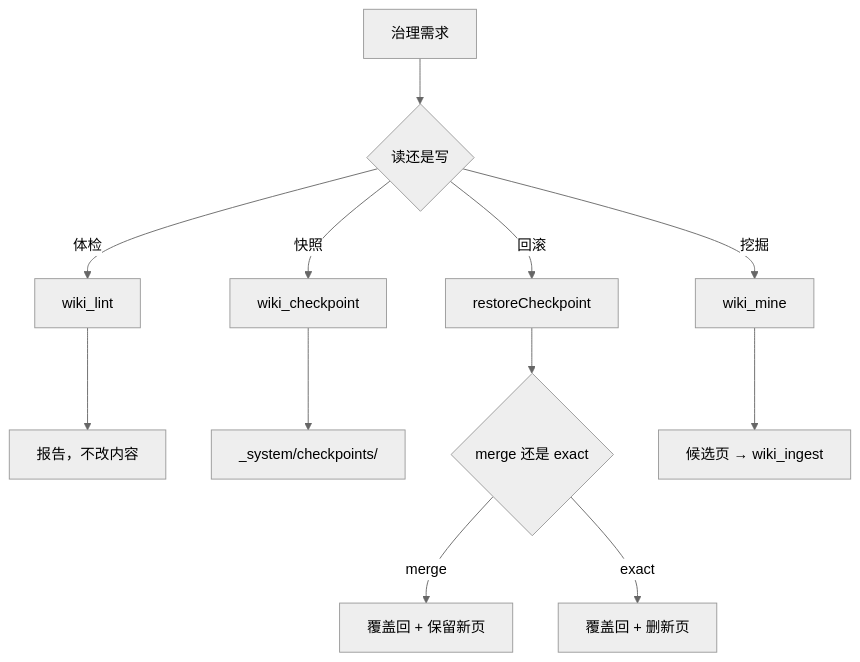
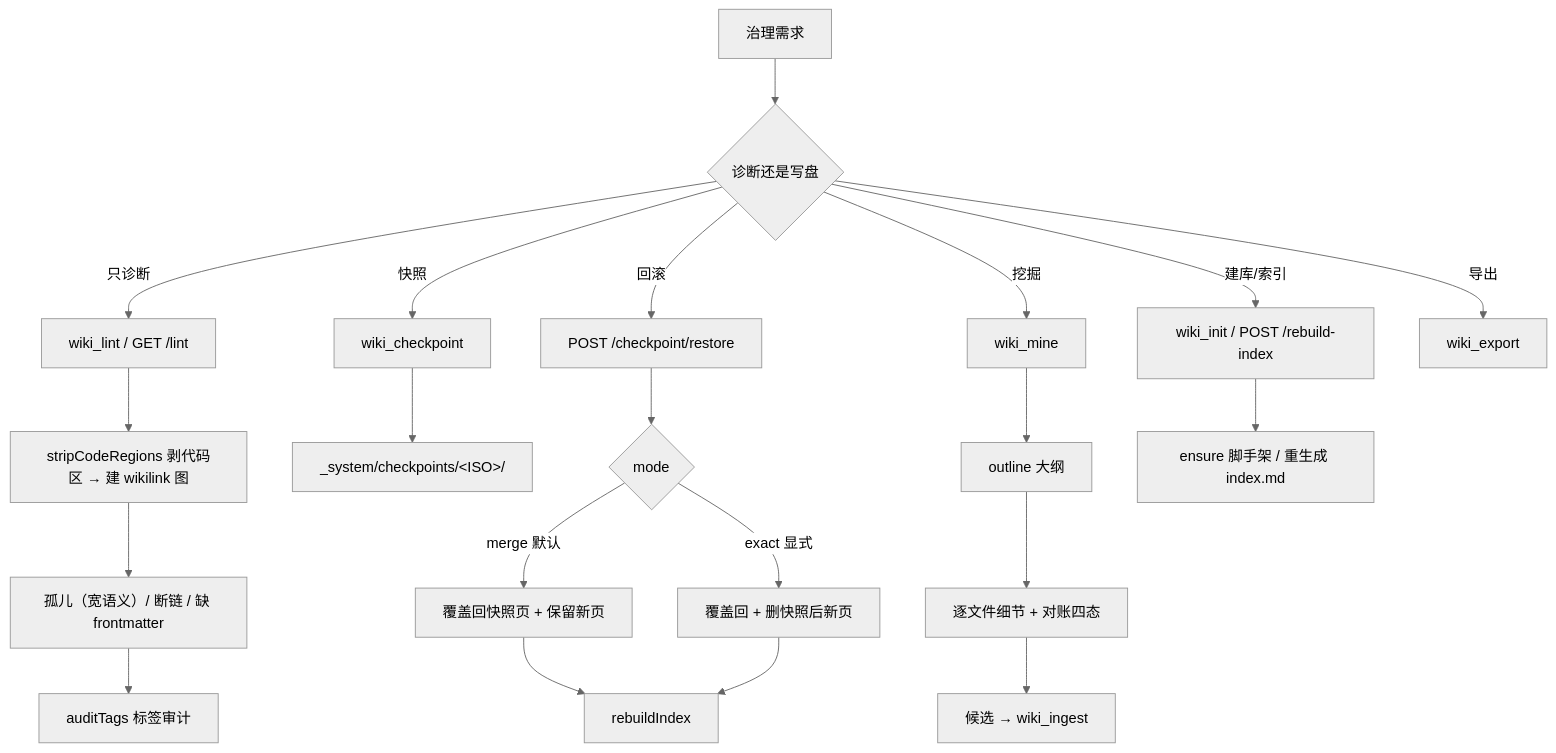
One commit to yangdongzhen590/dsh-knj-obsidian changed the first of 2 diagrams in .wiki/projects/capability-知识治理.md. Above: the diagram before and after it, drawn with Mermaid (neutral theme). The commit also changed other lines of this file and 40 other files, not shown here.

````diff
--- a/.wiki/projects/capability-知识治理.md
+++ b/.wiki/projects/capability-知识治理.md
@@ -131,14 +166,23 @@
 ```mermaid
 graph TD
-  A[治理需求] --> B{读还是写}
-  B -->|体检| C[wiki_lint]
-  B -->|快照| D[wiki_checkpoint]
-  B -->|回滚| E[restoreCheckpoint]
-  B -->|挖掘| F[wiki_mine]
-  C --> G[报告，不改内容]
-  D --> H[_system/checkpoints/]
-  E --> I{merge 还是 exact}
-  I -->|merge| J[覆盖回 + 保留新页]
-  I -->|exact| K[覆盖回 + 删新页]
-  F --> L[候选页 → wiki_ingest]
+  A["治理需求"] --> B{"诊断还是写盘"}
+  B -->|只诊断| C["wiki_lint / GET /lint"]
+  B -->|快照| D["wiki_checkpoint"]
+  B -->|回滚| E["POST /checkpoint/restore"]
+  B -->|挖掘| F["wiki_mine"]
+  B -->|建库/索引| G["wiki_init / POST /rebuild-index"]
+  B -->|导出| H["wiki_export"]
+  C --> C1["stripCodeRegions 剥代码区 → 建 wikilink 图"]
+  C1 --> C2["孤儿（宽语义）/ 断链 / 缺 frontmatter"]
+  C2 --> C3["auditTags 标签审计"]
+  D --> D1["_system/checkpoints/&lt;ISO&gt;/"]
+  E --> E1{"mode"}
+  E1 -->|merge 默认| E2["覆盖回快照页 + 保留新页"]
+  E1 -->|exact 显式| E3["覆盖回 + 删快照后新页"]
+  E2 --> E4["rebuildIndex"]
+  E3 --> E4
+  F --> F1["outline 大纲"]
+  F1 --> F2["逐文件细节 + 对账四态"]
+  F2 --> F3["候选 → wiki_ingest"]
+  G --> G1["ensure 脚手架 / 重生成 index.md"]
 ```
````
